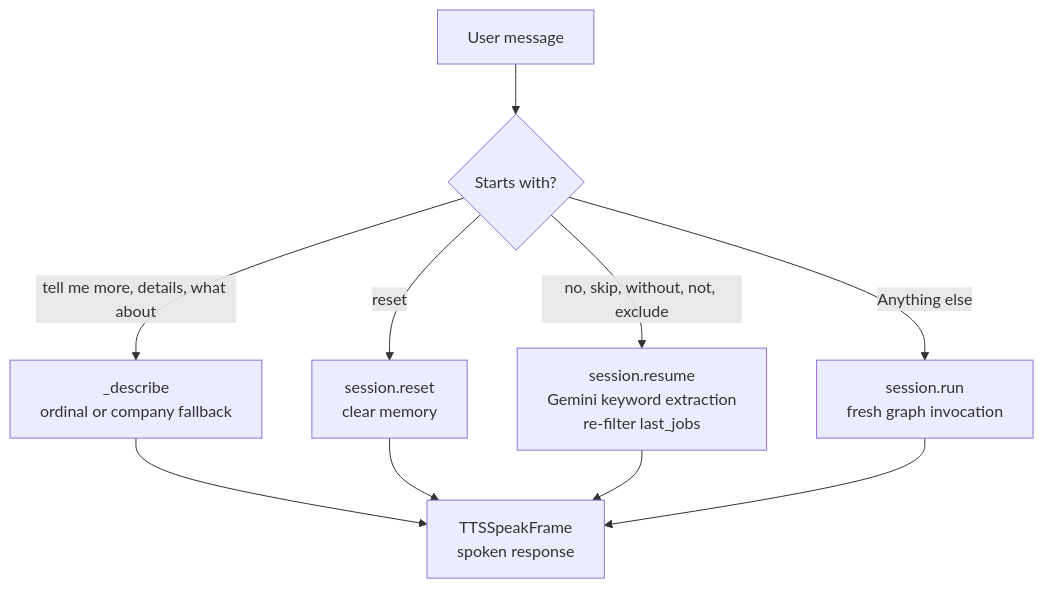
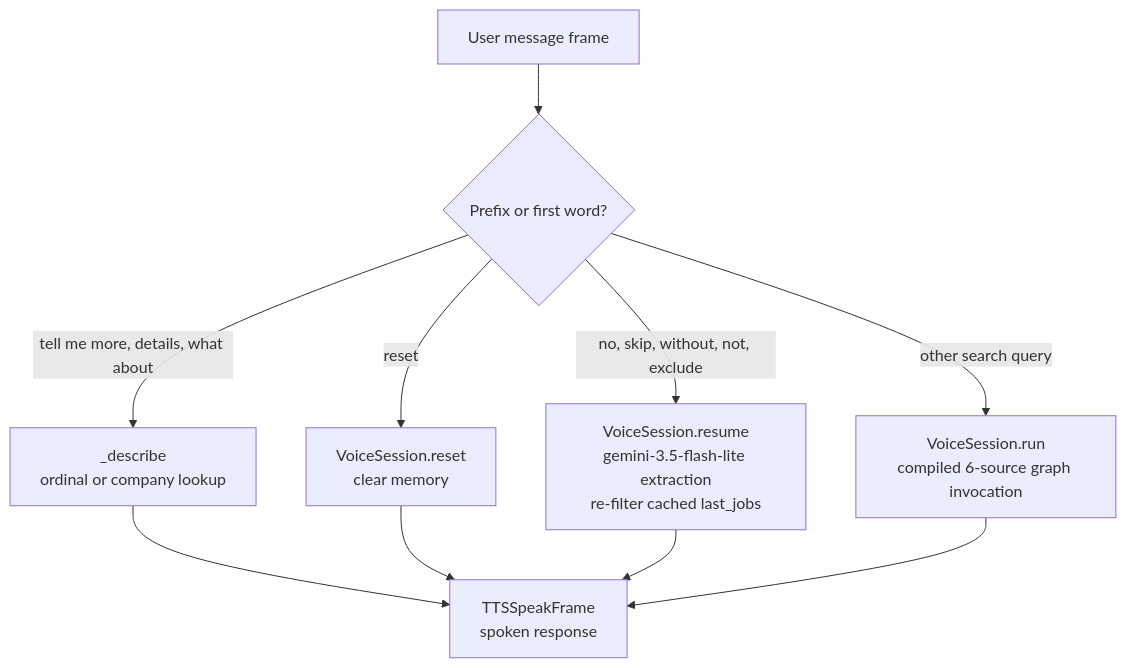
Before and after one commit to tsouk88/job-search-agent: the second of 2 diagrams in openwiki/voice-agent.md, drawn with Mermaid. The commit also changed other lines of this file and 12 other files, not shown here.

````diff
--- a/openwiki/voice-agent.md
+++ b/openwiki/voice-agent.md
@@ -91,12 +89,12 @@
 ```mermaid
 flowchart TD
-    Msg["User message"] --> Check{"Starts with?"}
-    Check -->|"tell me more, details, what about"| Detail["_describe\nordinal or company fallback"]
-    Check -->|"reset"| Reset["session.reset\nclear memory"]
-    Check -->|"no, skip, without, not, exclude"| Feedback["session.resume\nGemini keyword extraction\nre-filter last_jobs"]
-    Check -->| Anything else | Search["session.run\nfresh graph invocation"]
-    Detail --> TTS["TTSSpeakFrame\nspoken response"]
+    Msg["User message frame"] --> Check{"Prefix or first word?"}
+    Check -->|"tell me more, details, what about"| Detail["_describe<br/>ordinal or company lookup"]
+    Check -->|"reset"| Reset["VoiceSession.reset<br/>clear memory"]
+    Check -->|"no, skip, without, not, exclude"| Feedback["VoiceSession.resume<br/>gemini-3.5-flash-lite extraction<br/>re-filter cached last_jobs"]
+    Check -->|"other search query"| Search["VoiceSession.run<br/>compiled 6-source graph invocation"]
+    Detail --> TTS["TTSSpeakFrame<br/>spoken response"]
     Reset --> TTS
     Feedback --> TTS
     Search --> TTS
 ```
````
